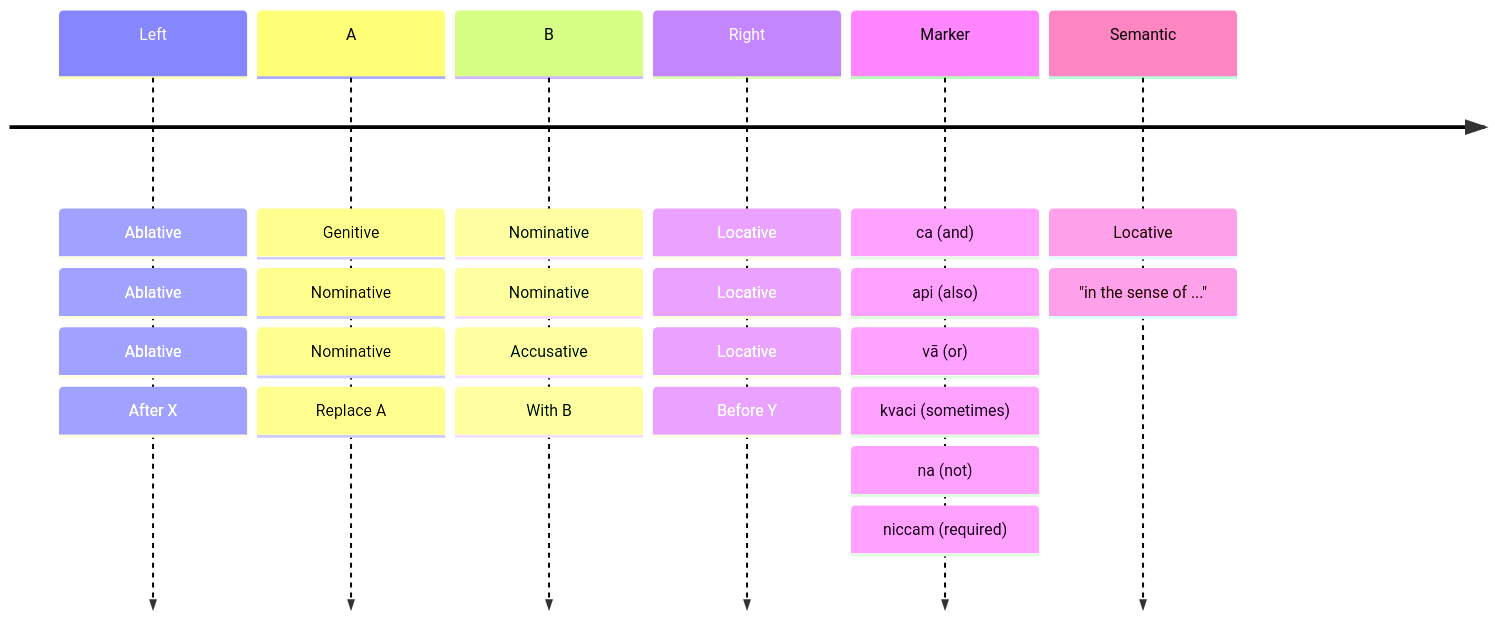
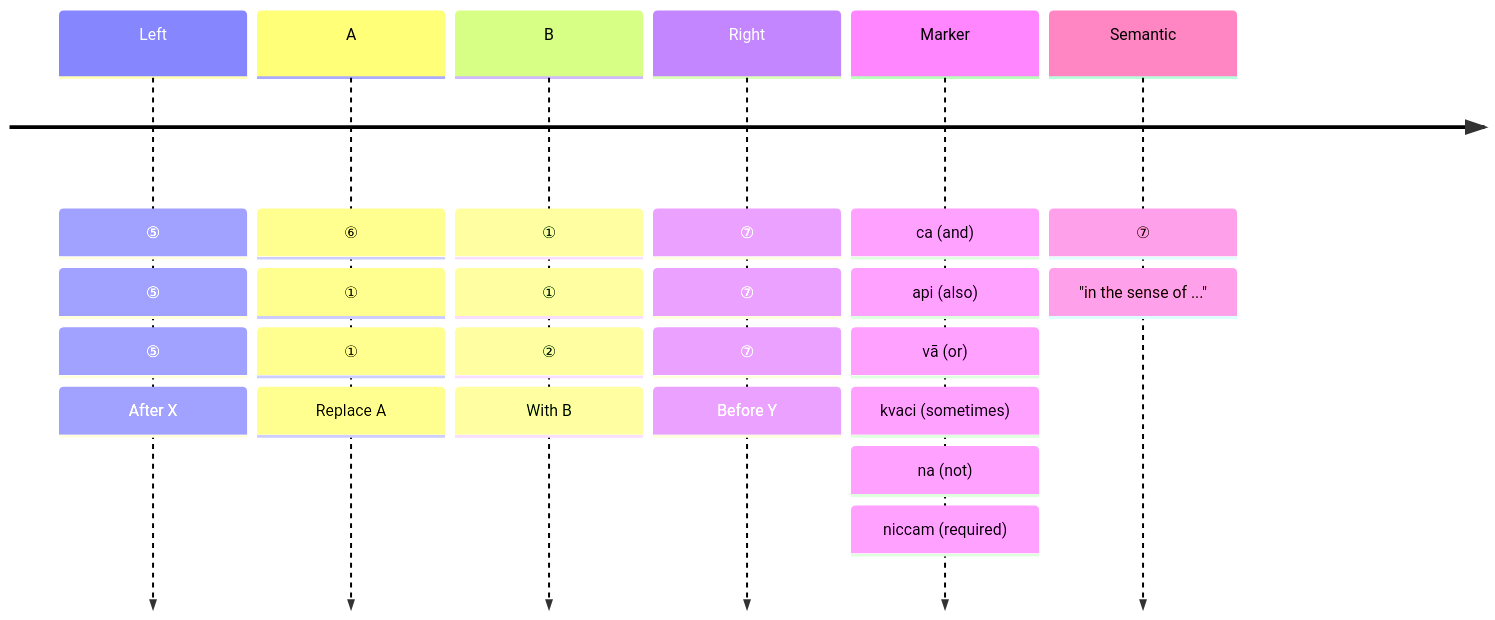
One commit to ChristineTham/buddhavacana changed the sixth of 11 diagrams in src/content/docs/Pali Textbook/m-kaccayana.md. Above: the diagram before and after it, drawn with Mermaid. The commit also changed other lines of this file and 52 other files, not shown here.

````diff
--- a/src/content/docs/Pali Textbook/m-kaccayana.md
+++ b/src/content/docs/Pali Textbook/m-kaccayana.md
@@ -166,27 +166,27 @@
 ```mermaid
 timeline
-  Left : Ablative
-    : Ablative
-    : Ablative
+  Left : ⑤
+    : ⑤
+    : ⑤
     : After X
-  A : Genitive
-    : Nominative
-    : Nominative
+  A : ⑥
+    : ①
+    : ①
     : Replace A
-  B : Nominative
-    : Nominative
-    : Accusative
+  B : ①
+    : ①
+    : ②
     : With B
-  Right : Locative
-    : Locative
-    : Locative
+  Right : ⑦
+    : ⑦
+    : ⑦
     : Before Y
   Marker : ca (and)
     : api (also)
     : vā (or)
     : kvaci (sometimes)
     : na (not)
     : niccam (required)
-  Semantic : Locative
+  Semantic : ⑦
     : "in the sense of ..."
 ```
````
